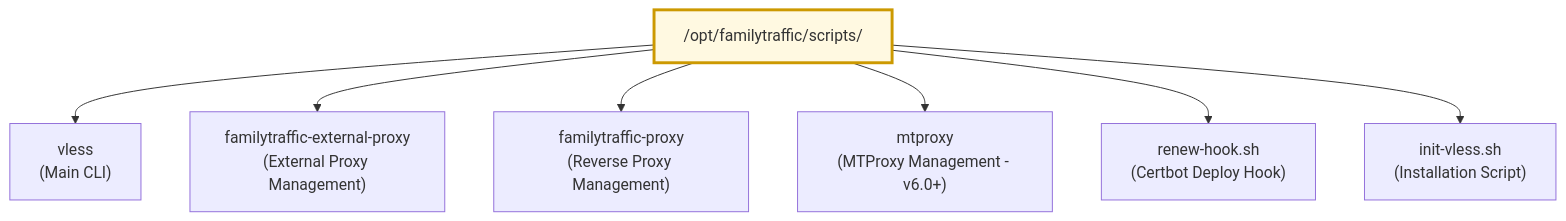
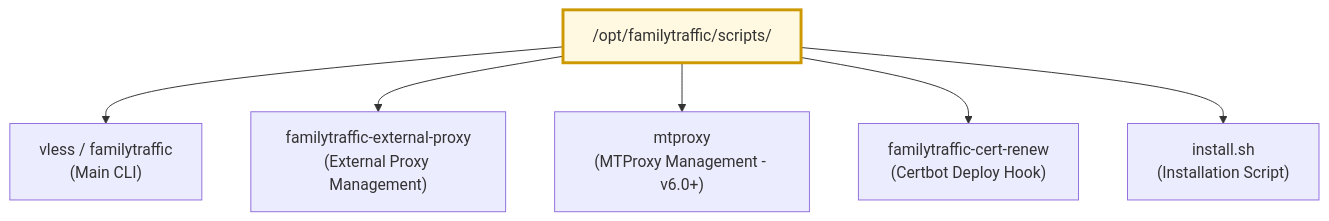
One commit to ikeniborn/vless changed the fourth of 10 diagrams in docs/architecture/diagrams/deployment/filesystem-layout.md. Above: the diagram before and after it, drawn with Mermaid. The commit also changed other lines of this file and 24 other files, not shown here.

First line of the commit message:
refactor(docs+scripts): replace vless project references with familytraffic, update to v5.33 arch

````diff
--- a/docs/architecture/diagrams/deployment/filesystem-layout.md
+++ b/docs/architecture/diagrams/deployment/filesystem-layout.md
@@ -153,20 +155,18 @@
 ```mermaid
 graph TB
     ScriptsDir["/opt/familytraffic/scripts/"]
 
-    VLESSmain["vless<br/>(Main CLI)"]
+    VLESSmain["vless / familytraffic<br/>(Main CLI)"]
     VLESSExtProxy["familytraffic-external-proxy<br/>(External Proxy Management)"]
-    VLESSProxy["familytraffic-proxy<br/>(Reverse Proxy Management)"]
     MTProxyCLI["mtproxy<br/>(MTProxy Management - v6.0+)"]
-    RenewHook["renew-hook.sh<br/>(Certbot Deploy Hook)"]
-    InitScript["init-vless.sh<br/>(Installation Script)"]
+    RenewHook["familytraffic-cert-renew<br/>(Certbot Deploy Hook)"]
+    InitScript["install.sh<br/>(Installation Script)"]
 
     ScriptsDir --> VLESSmain
     ScriptsDir --> VLESSExtProxy
-    ScriptsDir --> VLESSProxy
     ScriptsDir --> MTProxyCLI
     ScriptsDir --> RenewHook
     ScriptsDir --> InitScript
 
     style ScriptsDir fill:#fff9e1,stroke:#cc9900,stroke-width:3px
 ```
````
